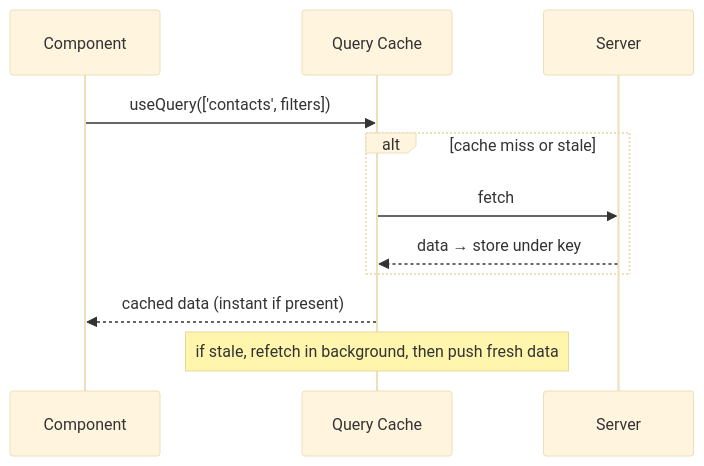
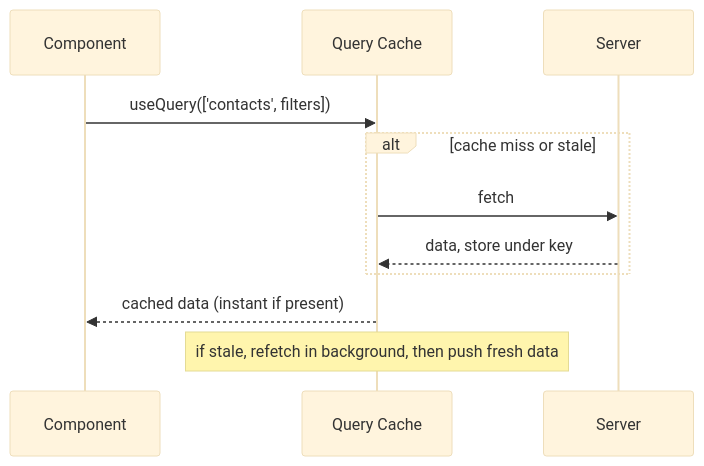
One commit to ashishxcode/frontend-internals changed the first of 2 diagrams in packages/content/content/10-tanstack-query.mdx. Above: the diagram before and after it, drawn with Mermaid (base theme). The commit also changed other lines of this file and 29 other files, not shown here.

Commit message:
rewrite: roadmap engineer-to-engineer + all 34 chapters new spec

````diff
--- a/packages/content/content/10-tanstack-query.mdx
+++ b/packages/content/content/10-tanstack-query.mdx
@@ -69,13 +29,13 @@
 ```mermaid
 sequenceDiagram
   participant C as Component
   participant Q as Query Cache
   participant S as Server
   C->>Q: useQuery(['contacts', filters])
   alt cache miss or stale
     Q->>S: fetch
-    S-->>Q: data → store under key
+    S-->>Q: data, store under key
   end
   Q-->>C: cached data (instant if present)
   Note over Q: if stale, refetch in background, then push fresh data
 ```
````
